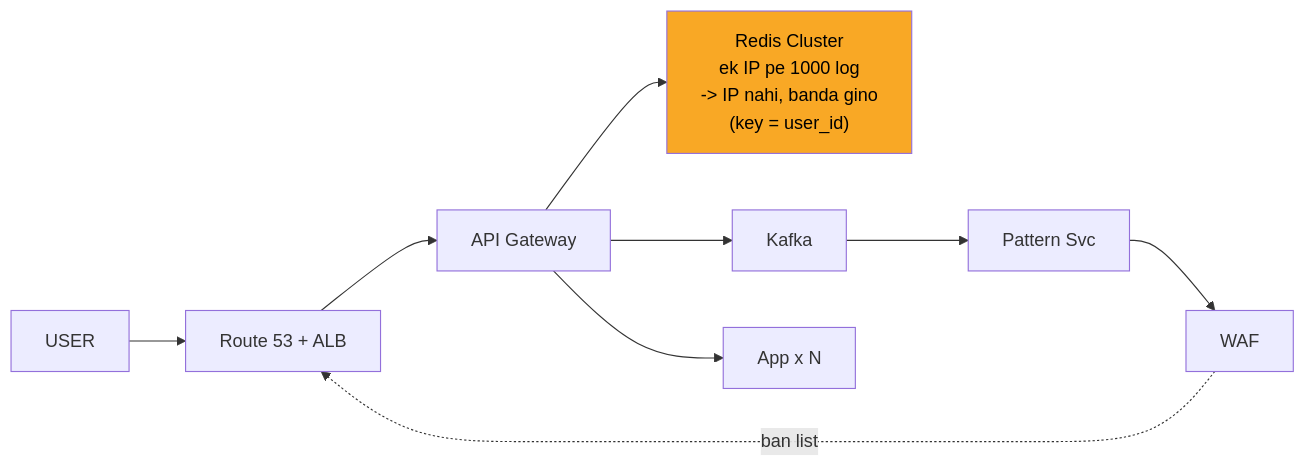
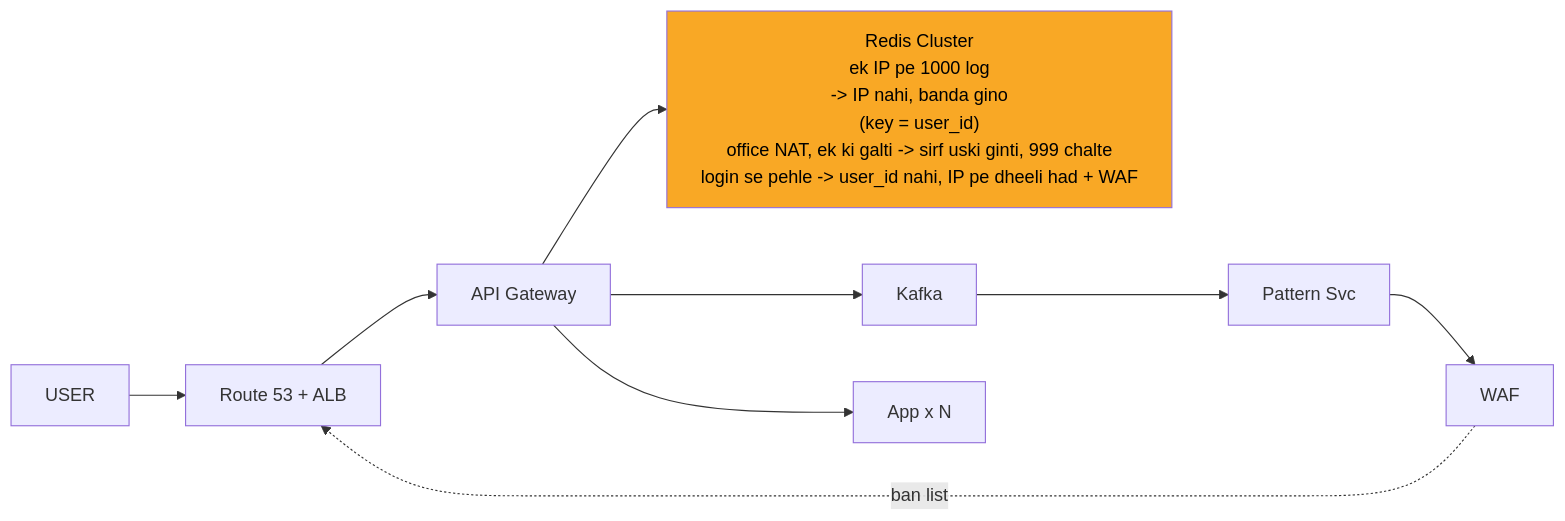
One commit to ArpanMaheshwari144/Prep changed the tenth of 11 diagrams in 04_HLD/SYSTEM_DESIGNS/02_rate_limiter/02_rate_limiter.md. Above: the diagram before and after it, drawn with Mermaid. The commit also changed other lines of this file and 12 other files, not shown here.

Commit message:
hld 02-14: peele dabbe me SAFAR ke mod + diagram chauda (wrappingWidth 450)

````diff
--- a/04_HLD/SYSTEM_DESIGNS/02_rate_limiter/02_rate_limiter.md
+++ b/04_HLD/SYSTEM_DESIGNS/02_rate_limiter/02_rate_limiter.md
@@ -393,20 +402,21 @@
 ```mermaid
+%%{init: {"flowchart": {"wrappingWidth": 450}}}%%
 flowchart LR
     n_USER["USER"]
     n_EDGE["Route 53 + ALB"]
     n_API_Gateway["API Gateway"]
-    n_Redis_Cluster["Redis Cluster<br/>ek IP pe 1000 log<br/>-> IP nahi, banda gino<br/>(key = user_id)"]
+    n_Redis_Cluster["Redis Cluster<br/>ek IP pe 1000 log<br/>-> IP nahi, banda gino<br/>(key = user_id)<br/>office NAT, ek ki galti -> sirf uski ginti, 999 chalte<br/>login se pehle -> user_id nahi, IP pe dheeli had + WAF"]
     n_Kafka["Kafka"]
     n_Pattern_Svc["Pattern Svc"]
     n_WAF["WAF"]
     n_App_xN["App x N"]
     n_EDGE --> n_API_Gateway
     n_API_Gateway --> n_Redis_Cluster
     n_API_Gateway --> n_App_xN
     n_Kafka --> n_Pattern_Svc
     n_Pattern_Svc --> n_WAF
     n_API_Gateway --> n_Kafka
     n_USER --> n_EDGE
     n_WAF -.->|ban list| n_EDGE
     style n_Redis_Cluster fill:#f9a825,color:#000
 ```
````
